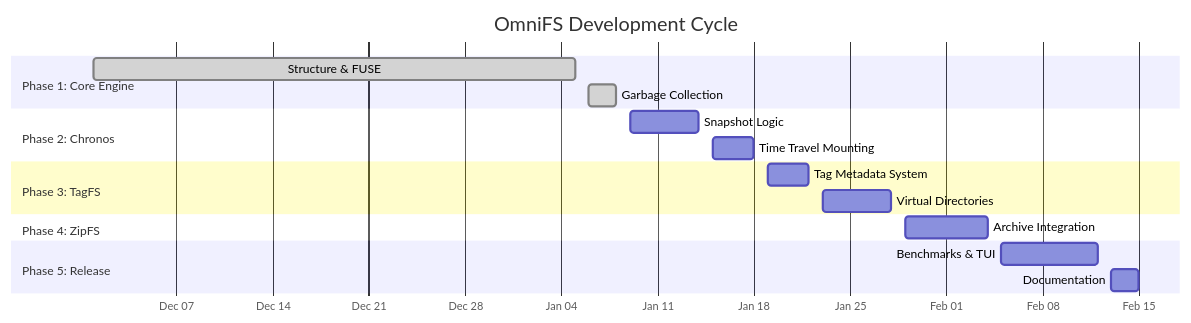
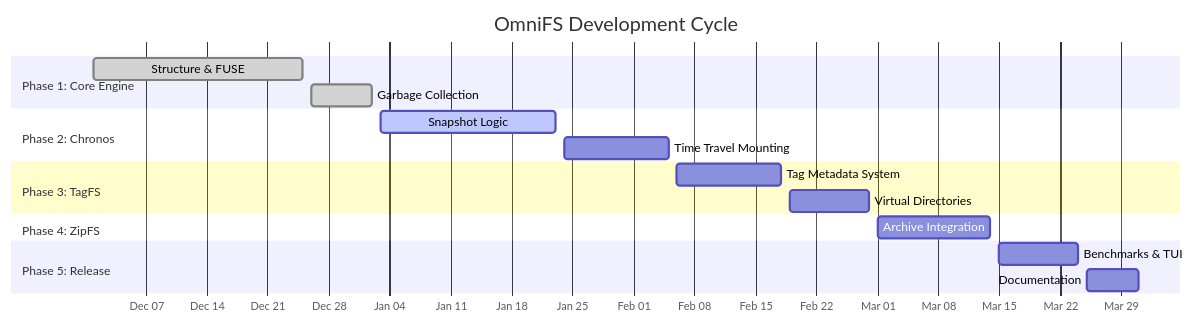
Before and after one commit to kishoreadhith-v/arcfs: the diagram in README.md, drawn with Mermaid.

Commit message:
updated timeline

````diff
--- a/README.md
+++ b/README.md
@@ -7,25 +7,25 @@
 ```mermaid
 gantt
     title OmniFS Development Cycle
     dateFormat  YYYY-MM-DD
     axisFormat  %b %d
 
     section Phase 1: Core Engine
-    Structure & FUSE       :done,    p1, 2025-12-01, 2026-01-05
-    Garbage Collection     :done,    p2, 2026-01-06, 2026-01-08
+    Structure & FUSE       :done,    p1, 2025-12-01, 2025-12-25
+    Garbage Collection     :done,    p2, 2025-12-26, 2026-01-02
 
     section Phase 2: Chronos
-    Snapshot Logic         :         p3, 2026-01-09, 2026-01-14
-    Time Travel Mounting   :         p4, 2026-01-15, 2026-01-18
+    Snapshot Logic         :active,  p3, 2026-01-03, 2026-01-23
+    Time Travel Mounting   :         p4, 2026-01-24, 2026-02-05
 
     section Phase 3: TagFS
-    Tag Metadata System    :         p5, 2026-01-19, 2026-01-22
-    Virtual Directories    :         p6, 2026-01-23, 2026-01-28
+    Tag Metadata System    :         p5, 2026-02-06, 2026-02-18
+    Virtual Directories    :         p6, 2026-02-19, 2026-02-28
 
     section Phase 4: ZipFS
-    Archive Integration    :         p7, 2026-01-29, 2026-02-04
+    Archive Integration    :         p7, 2026-03-01, 2026-03-14
 
     section Phase 5: Release
-    Benchmarks & TUI       :         p8, 2026-02-05, 2026-02-12
-    Documentation          :         p9, 2026-02-13, 2026-02-15
+    Benchmarks & TUI       :         p8, 2026-03-15, 2026-03-24
+    Documentation          :         p9, 2026-03-25, 2026-03-31
 ```
````
